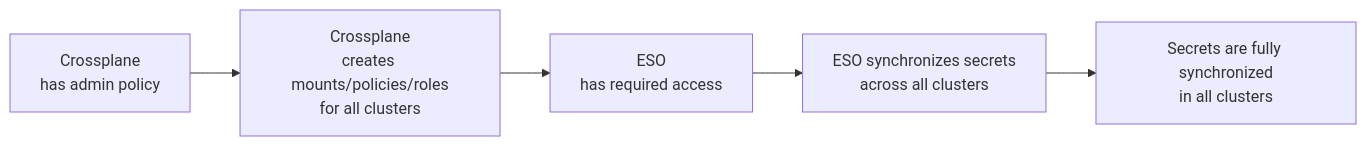
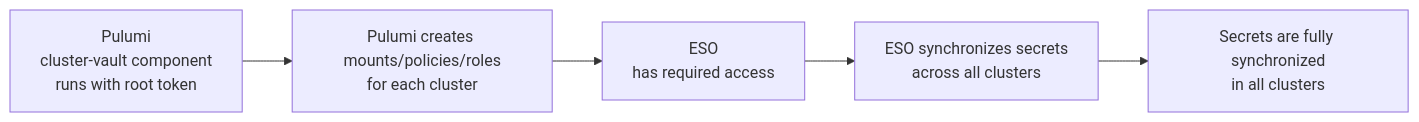
The diagram in projects/amiya.akn/docs/BOOTSTRAP_OPENBAO.md (chezmoidotsh/arcane), drawn with Mermaid before and after one commit. The commit also changed other lines of this file and 199 other files, not shown here.

````diff
--- a/projects/amiya.akn/docs/BOOTSTRAP_OPENBAO.md
+++ b/projects/amiya.akn/docs/BOOTSTRAP_OPENBAO.md
@@ -97,7 +93,7 @@
 ```mermaid
 flowchart LR
-  A[Crossplane<br/>has admin policy] --> B[Crossplane<br/>creates mounts/policies/roles<br/>for all clusters]
+  A[Pulumi<br/>cluster-vault component<br/>runs with root token] --> B[Pulumi creates mounts/policies/roles<br/>for each cluster]
   B --> C[ESO<br/>has required access]
   C --> D[ESO synchronizes secrets<br/>across all clusters]
   D --> E[Secrets are fully synchronized<br/>in all clusters]
 ```
````
